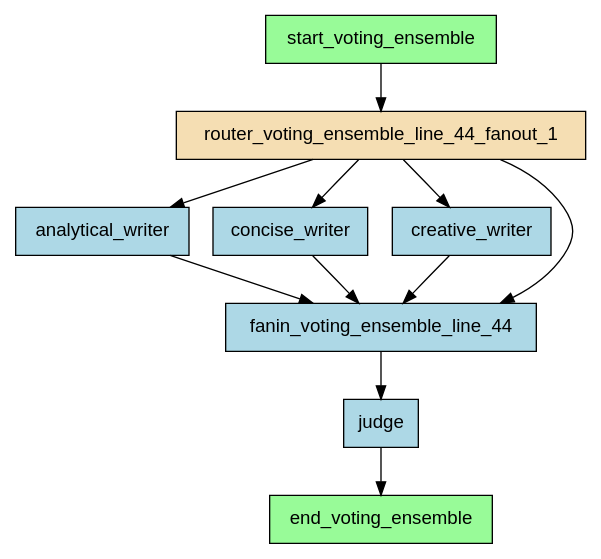
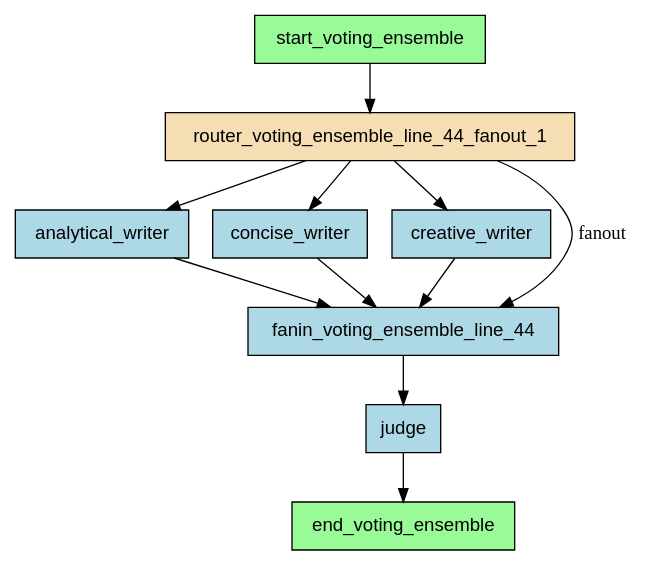
Before and after one commit to deliveryhero/asya: the diagram in examples/flows/agentic/compiled/voting_ensemble/flow.dot, drawn with Graphviz. The commit also changed 79 other files, not shown here.

First line of the commit message:
feat(analyzer): add fanout labels to router-to-aggregator edges

```diff
--- a/examples/flows/agentic/compiled/voting_ensemble/flow.dot
+++ b/examples/flows/agentic/compiled/voting_ensemble/flow.dot
@@ -1,24 +1,24 @@
 digraph "voting_ensemble" {
     rankdir=TB;
     node [shape=box, style=filled, fontname="Helvetica"];
 
     analytical_writer [label="analytical_writer", fillcolor=lightblue];
     concise_writer [label="concise_writer", fillcolor=lightblue];
     creative_writer [label="creative_writer", fillcolor=lightblue];
     end_voting_ensemble [label="end_voting_ensemble", fillcolor=palegreen];
     fanin_voting_ensemble_line_44 [label="fanin_voting_ensemble_line_44", fillcolor=lightblue];
     judge [label="judge", fillcolor=lightblue];
     router_voting_ensemble_line_44_fanout_1 [label="router_voting_ensemble_line_44_fanout_1", fillcolor=wheat];
     start_voting_ensemble [label="start_voting_ensemble", fillcolor=palegreen];
 
     start_voting_ensemble -> router_voting_ensemble_line_44_fanout_1;
-    router_voting_ensemble_line_44_fanout_1 -> fanin_voting_ensemble_line_44;
+    router_voting_ensemble_line_44_fanout_1 -> fanin_voting_ensemble_line_44 [label="fanout"];
     fanin_voting_ensemble_line_44 -> judge;
     router_voting_ensemble_line_44_fanout_1 -> creative_writer;
     creative_writer -> fanin_voting_ensemble_line_44;
     router_voting_ensemble_line_44_fanout_1 -> analytical_writer;
     analytical_writer -> fanin_voting_ensemble_line_44;
     router_voting_ensemble_line_44_fanout_1 -> concise_writer;
     concise_writer -> fanin_voting_ensemble_line_44;
     judge -> end_voting_ensemble;
 }
```
